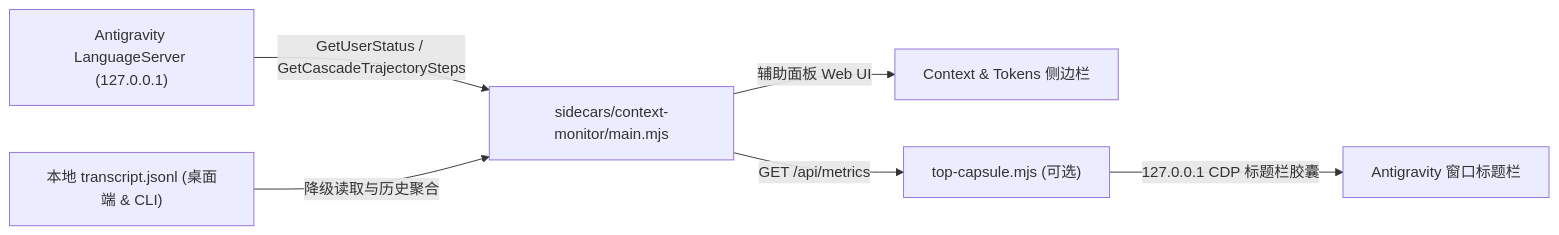
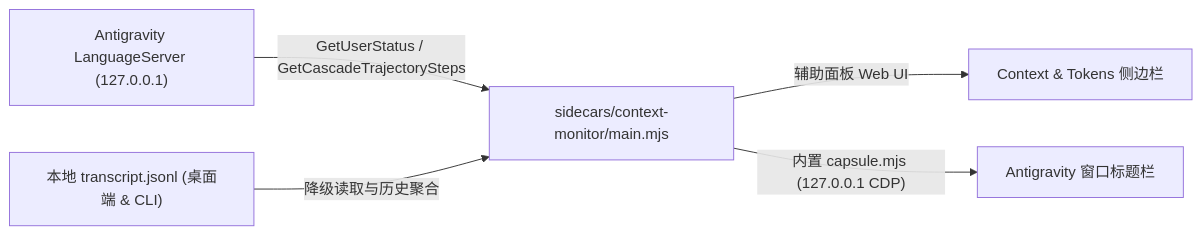
Before and after one commit to llaolaol/antigravity-context-monitor: the diagram in README.zh-CN.md, drawn with Mermaid. The commit also changed other lines of this file and 15 other files, not shown here.

Commit message:
feat: auto-start titlebar top capsule from sidecar by default (v1.1.0)

````diff
--- a/README.zh-CN.md
+++ b/README.zh-CN.md
@@ -66,8 +66,7 @@
 ```mermaid
 flowchart LR
   LS["Antigravity LanguageServer (127.0.0.1)"] -->|"GetUserStatus / GetCascadeTrajectorySteps"| Sidecar["sidecars/context-monitor/main.mjs"]
   Logs["本地 transcript.jsonl (桌面端 & CLI)"] -->|"降级读取与历史聚合"| Sidecar
   Sidecar -->|"辅助面板 Web UI"| Panel["Context & Tokens 侧边栏"]
-  Sidecar -->|"GET /api/metrics"| Capsule["top-capsule.mjs (可选)"]
-  Capsule -->|"127.0.0.1 CDP 标题栏胶囊"| Window["Antigravity 窗口标题栏"]
+  Sidecar -->|"内置 capsule.mjs (127.0.0.1 CDP)"| Window["Antigravity 窗口标题栏"]
 ```
````
